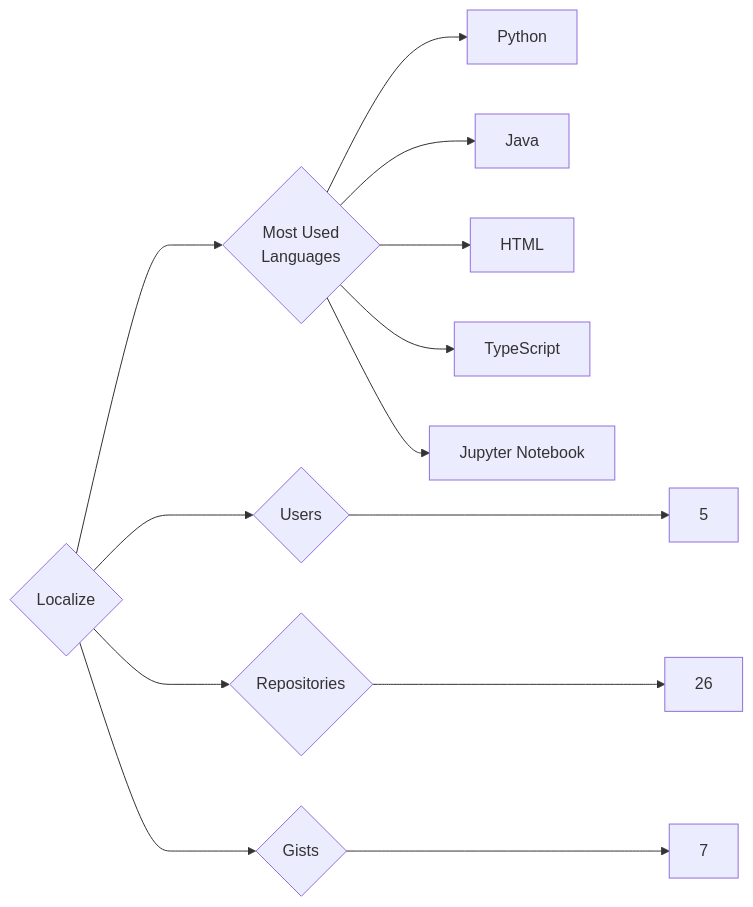
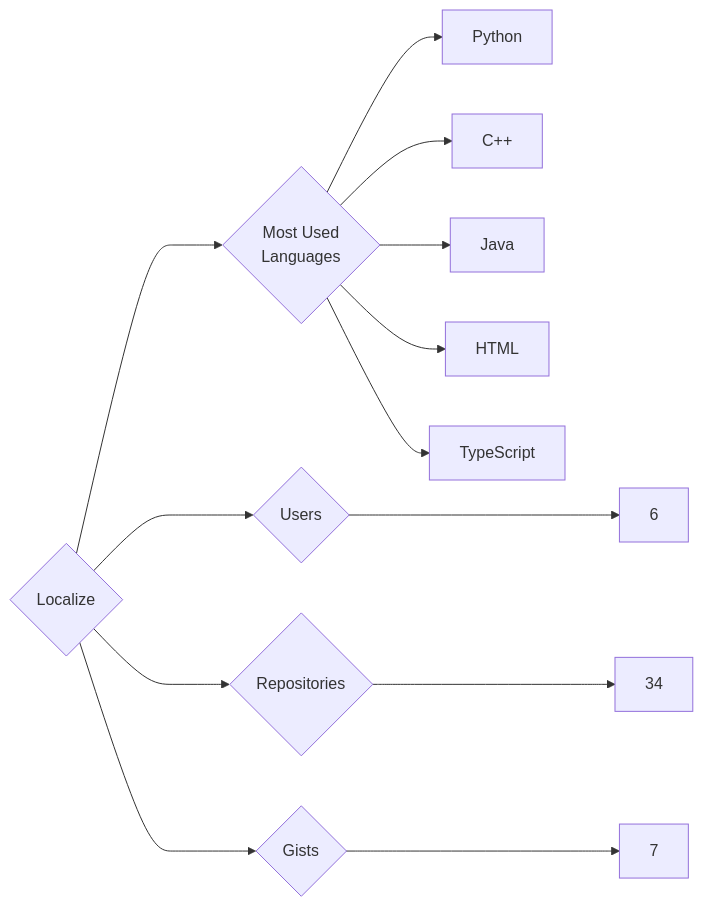
The diagram in targets/Localize/README.md (trickest/insiders), drawn with Mermaid before and after one commit. The commit also changed 845 other files, not shown here.

````diff
--- a/targets/Localize/README.md
+++ b/targets/Localize/README.md
@@ -3,13 +3,13 @@
 ```mermaid
 graph LR
 COMPANY_NAME{Localize}
-COMPANY_NAME ---> U{Users} ---> UN[5]
-COMPANY_NAME ---> R{Repositories} ---> RN[26]
+COMPANY_NAME ---> U{Users} ---> UN[6]
+COMPANY_NAME ---> R{Repositories} ---> RN[34]
 COMPANY_NAME ---> G{Gists} ---> GN[7]
 COMPANY_NAME ---> ML{Most Used<br>Languages}
 ML --> Python[Python]
+ML --> C++[C++]
 ML --> Java[Java]
 ML --> HTML[HTML]
 ML --> TypeScript[TypeScript]
-ML --> Jupyter_Notebook[Jupyter Notebook]
 ```
````
